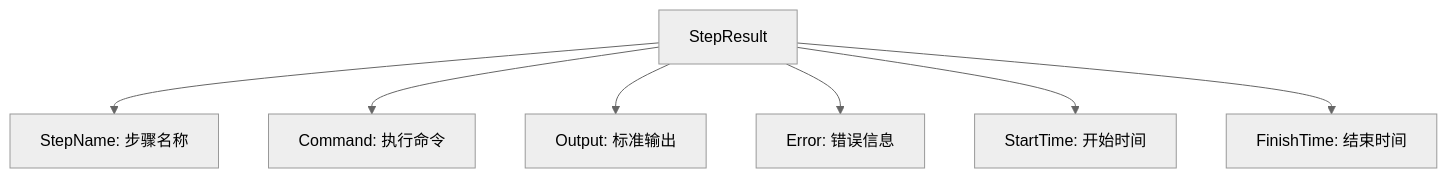
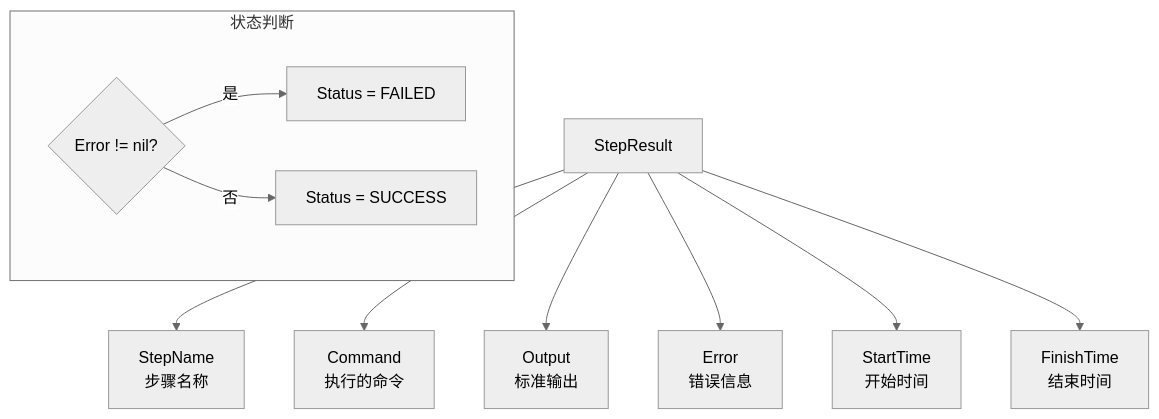
The tenth of 13 diagrams in executor/FLOWS.md (LerkoX/flowx), drawn with Mermaid (neutral theme) before and after one commit. The commit also changed other lines of this file and 6 other files, not shown here.

First line of the commit message:
docs: enhance module flow diagrams with detailed implementation flows

````diff
--- a/executor/FLOWS.md
+++ b/executor/FLOWS.md
@@ -139,9 +239,15 @@
 ```mermaid
 flowchart TD
-    A[StepResult] --> B[StepName: 步骤名称]
-    A --> C[Command: 执行命令]
-    A --> D[Output: 标准输出]
-    A --> E[Error: 错误信息]
-    A --> F[StartTime: 开始时间]
-    A --> G[FinishTime: 结束时间]
+    A[StepResult] --> B[StepName<br/>步骤名称]
+    A --> C[Command<br/>执行的命令]
+    A --> D[Output<br/>标准输出]
+    A --> E[Error<br/>错误信息]
+    A --> F[StartTime<br/>开始时间]
+    A --> G[FinishTime<br/>结束时间]
+
+    subgraph 状态判断
+    H{Error != nil?}
+    H -->|是| I[Status = FAILED]
+    H -->|否| J[Status = SUCCESS]
+    end
 ```
````
